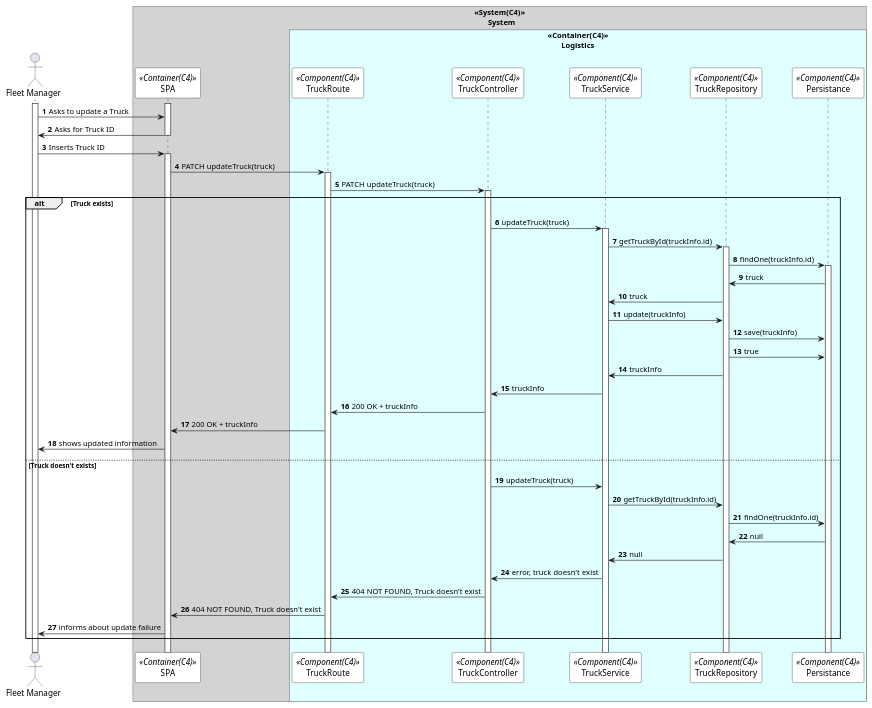
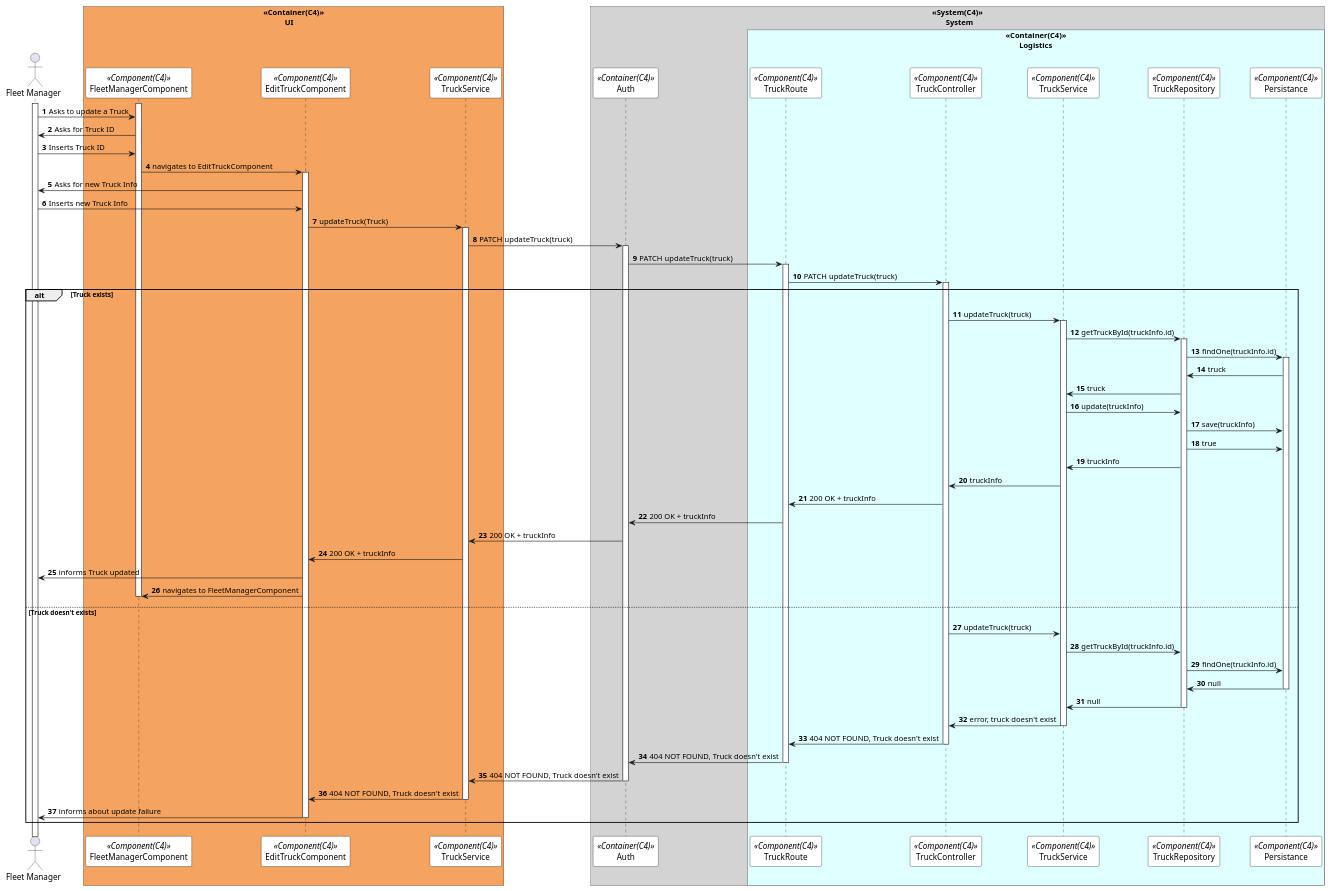
One commit to 0franciscor/dei_3dj_057 changed the diagram in Documents/Deployment Diagrams/Level 3 - Component/Process View/Truck/puml/updateTruckSD.puml. Above: the diagram before and after it, drawn with PlantUML. The commit also changed 4 other files, not shown here.

Commit message:
ALL VP SPA #28 CRUD VP Diagrams updated with SPA

```diff
--- a/Documents/Deployment Diagrams/Level 3 - Component/Process View/Truck/puml/updateTruckSD.puml
+++ b/Documents/Deployment Diagrams/Level 3 - Component/Process View/Truck/puml/updateTruckSD.puml
@@ -1,76 +1,104 @@
 @startuml updateTruckSD
 
 autonumber
 !pragma teoz true
 
 skinparam sequence {
 ParticipantBorderColor black
 ParticipantBackgroundColor white
 }
 
 actor "Fleet Manager" as manager
 
+box "<<Container(C4)>>\n           UI" #SandyBrown
+participant "FleetManagerComponent" as FleetManagerComponent <<Component(C4)>>
+participant "EditTruckComponent" as EditTruckComponent <<Component(C4)>>
+participant "TruckService" as TruckService <<Component(C4)>>
+end box
+
 box "<<System(C4)>>\n       System" #LightGray
-participant SPA as  SPA <<Container(C4)>>
+participant Auth as  Auth <<Container(C4)>>
 box "<<Container(C4)>>\n       Logistics" #LightCyan
 participant TruckRoute as Route <<Component(C4)>>
 participant TruckController as Controller <<Component(C4)>>
 participant TruckService as Service <<Component(C4)>>
 participant TruckRepository as Repository <<Component(C4)>>
 participant Persistance as Persistance <<Component(C4)>>
 end box
 
 
 
 activate manager
-activate SPA
-manager -> SPA: Asks to update a Truck
+activate FleetManagerComponent
+manager -> FleetManagerComponent: Asks to update a Truck
 
-SPA -> manager: Asks for Truck ID
-deactivate SPA
+FleetManagerComponent -> manager: Asks for Truck ID
 
-manager ->SPA: Inserts Truck ID
-activate SPA
 
-SPA -> Route: PATCH updateTruck(truck)
+manager ->FleetManagerComponent: Inserts Truck ID
+
+FleetManagerComponent -> EditTruckComponent: navigates to EditTruckComponent
+activate EditTruckComponent
+
+EditTruckComponent -> manager: Asks for new Truck Info
+manager -> EditTruckComponent: Inserts new Truck Info
+EditTruckComponent -> TruckService: updateTruck(Truck)
+activate TruckService
+TruckService -> Auth: PATCH updateTruck(truck)
+
+activate Auth
+
+Auth -> Route: PATCH updateTruck(truck)
 activate Route
-Route -> Controller :PATCH updateTruck(truck)
+Route -> Controller: PATCH updateTruck(truck)
 activate Controller
 
 alt Truck exists 
 
 Controller -> Service: updateTruck(truck)
 activate Service
 
 Service -> Repository: getTruckById(truckInfo.id)
 activate Repository
 
 Repository -> Persistance: findOne(truckInfo.id)
 activate Persistance
 Persistance -> Repository: truck
 Repository->Service: truck
 
 Service -> Repository: update(truckInfo)
 Repository -> Persistance:save(truckInfo)
 
 Repository -> Persistance:true
 Repository-> Service: truckInfo
 Service-> Controller: truckInfo
 
 Controller->Route: 200 OK + truckInfo
-Route ->SPA: 200 OK + truckInfo
-SPA-> manager: shows updated information 
-
+Route ->Auth: 200 OK + truckInfo
+Auth -> TruckService: 200 OK + truckInfo
+TruckService -> EditTruckComponent: 200 OK + truckInfo
+EditTruckComponent -> manager: informs Truck updated
+EditTruckComponent -> FleetManagerComponent: navigates to FleetManagerComponent
+deactivate FleetManagerComponent
 else Truck doesn't exists
 
 Controller -> Service: updateTruck(truck)
 Service -> Repository: getTruckById(truckInfo.id)
 Repository->Persistance: findOne(truckInfo.id)
 Persistance ->Repository: null
+deactivate Persistance
 Repository->Service: null
+deactivate Repository
 Service->Controller: error, truck doesn't exist
+deactivate Service
 Controller-> Route: 404 NOT FOUND, Truck doesn't exist
-Route ->SPA: 404 NOT FOUND, Truck doesn't exist
-SPA->manager: informs about update failure
-
+deactivate Controller
+Route ->Auth: 404 NOT FOUND, Truck doesn't exist
+deactivate Route
+Auth->TruckService: 404 NOT FOUND, Truck doesn't exist
+deactivate Auth
+TruckService -> EditTruckComponent: 404 NOT FOUND, Truck doesn't exist
+deactivate TruckService
+EditTruckComponent->manager: informs about update failure
+deactivate EditTruckComponent
 @enduml
```
